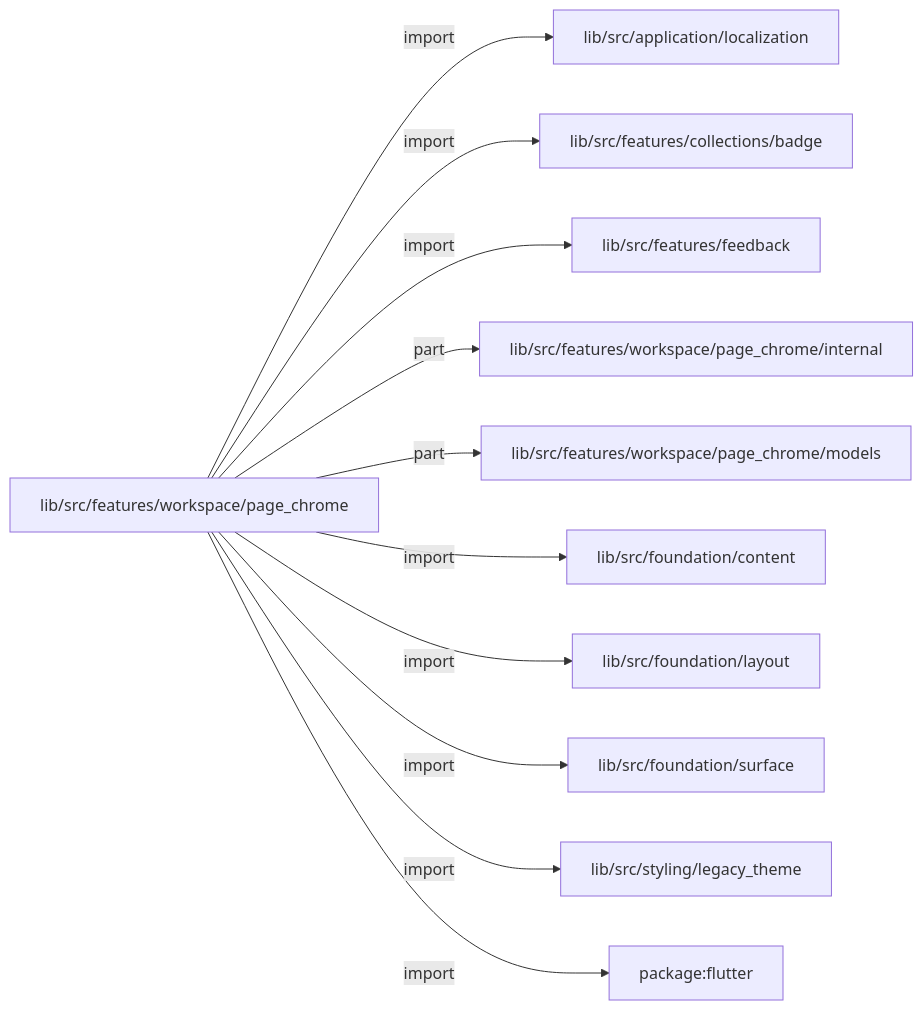
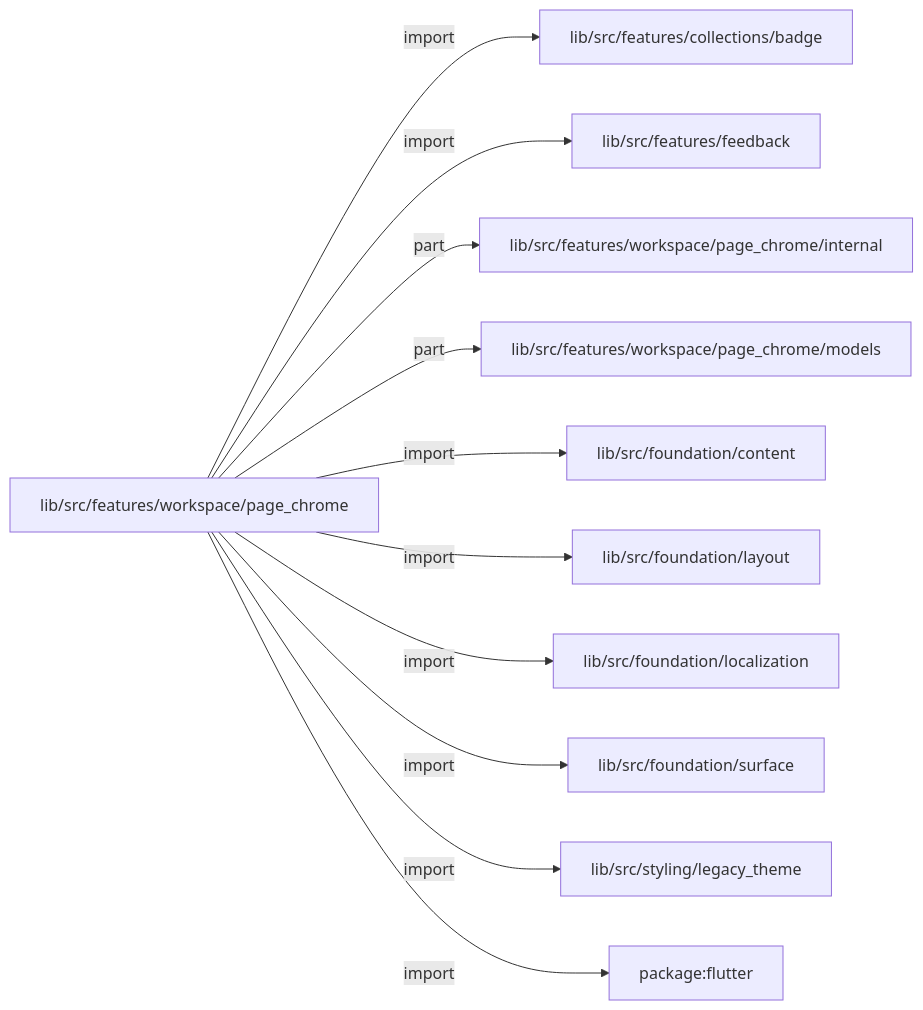
Before and after one commit to MiuDog/Kallopis: the first of 2 diagrams in docs/architecture/src/features/workspace/page_chrome/README.md, drawn with Mermaid. The commit also changed other lines of this file and 9688 other files, not shown here.

Commit message:
Prepare isolated Flow F2 peer baseline

````diff
--- a/docs/architecture/src/features/workspace/page_chrome/README.md
+++ b/docs/architecture/src/features/workspace/page_chrome/README.md
@@ -13,24 +13,24 @@
 ```mermaid
 flowchart LR
 	n0["lib/src/features/workspace/page_chrome"]
-	n1["lib/src/application/localization"]
-	n2["lib/src/features/collections/badge"]
-	n3["lib/src/features/feedback"]
-	n4["lib/src/features/workspace/page_chrome/internal"]
-	n5["lib/src/features/workspace/page_chrome/models"]
-	n6["lib/src/foundation/content"]
-	n7["lib/src/foundation/layout"]
+	n1["lib/src/features/collections/badge"]
+	n2["lib/src/features/feedback"]
+	n3["lib/src/features/workspace/page_chrome/internal"]
+	n4["lib/src/features/workspace/page_chrome/models"]
+	n5["lib/src/foundation/content"]
+	n6["lib/src/foundation/layout"]
+	n7["lib/src/foundation/localization"]
 	n8["lib/src/foundation/surface"]
 	n9["lib/src/styling/legacy_theme"]
 	n10["package:flutter"]
 	n0 -->|"import"| n1
 	n0 -->|"import"| n2
-	n0 -->|"import"| n3
+	n0 -->|"part"| n3
 	n0 -->|"part"| n4
-	n0 -->|"part"| n5
+	n0 -->|"import"| n5
 	n0 -->|"import"| n6
 	n0 -->|"import"| n7
 	n0 -->|"import"| n8
 	n0 -->|"import"| n9
 	n0 -->|"import"| n10
 ```
````
